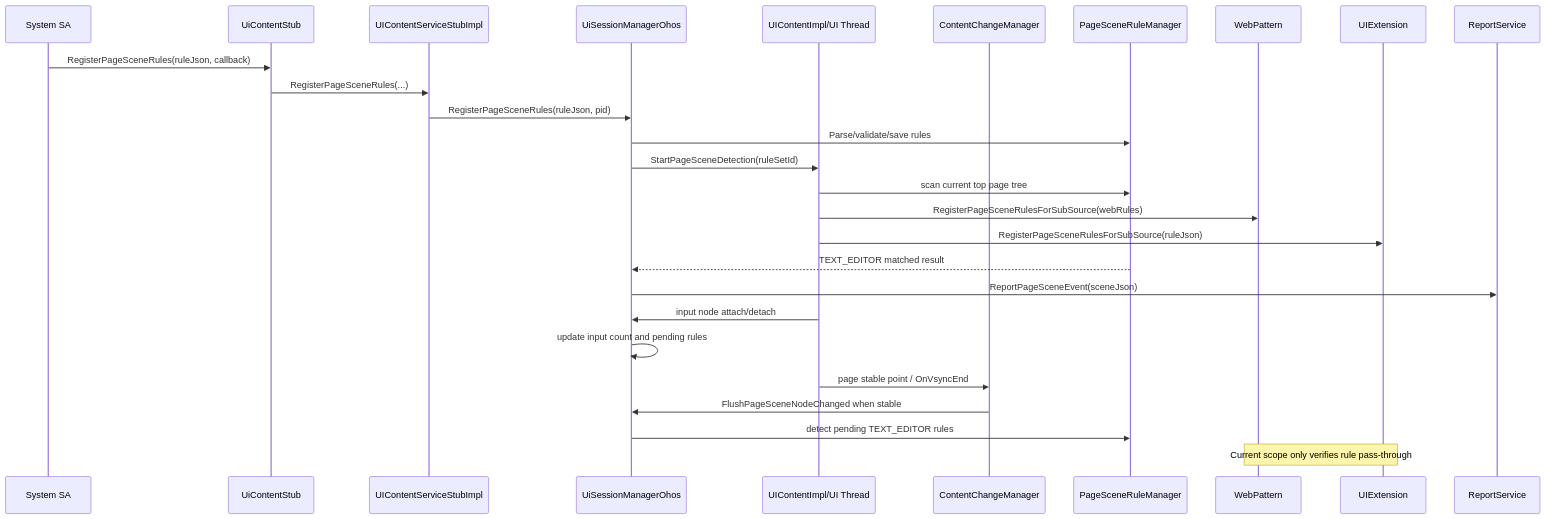
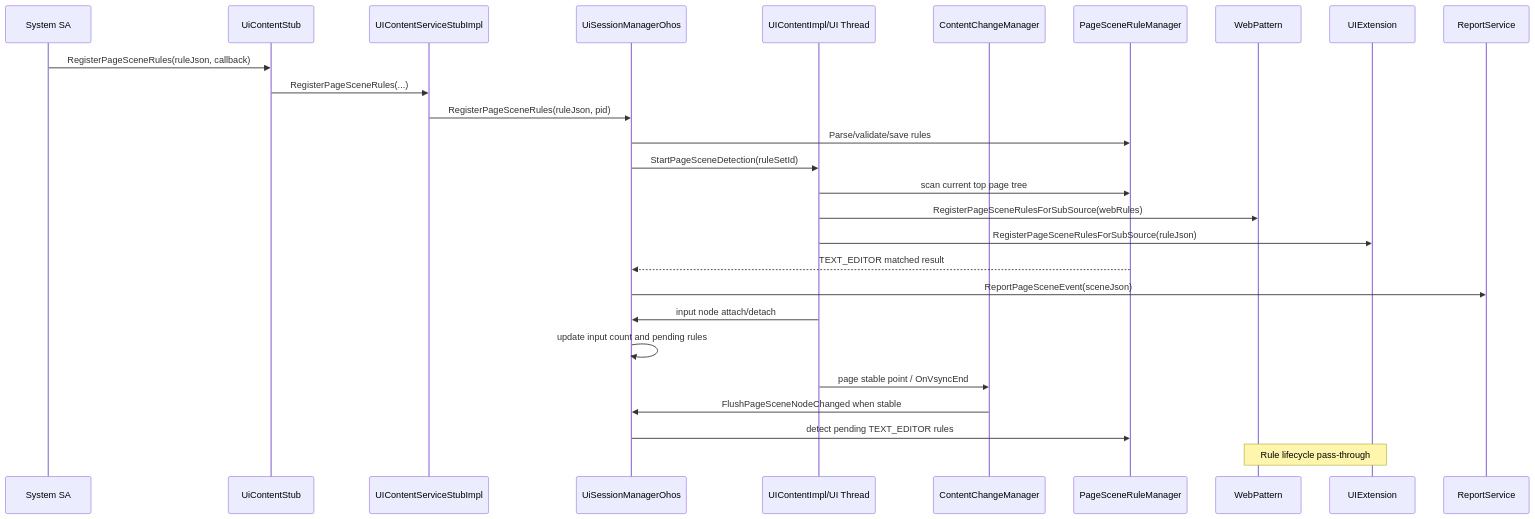
The diagram in .codespec/changes/ui-session-page-scene-awareness/design.md (openharmony/arkui_ace_engine), drawn with Mermaid before and after one commit. The commit also changed other lines of this file and 7 other files, not shown here.

````diff
--- a/.codespec/changes/ui-session-page-scene-awareness/design.md
+++ b/.codespec/changes/ui-session-page-scene-awareness/design.md
@@ -37,30 +37,30 @@
 ```mermaid
 sequenceDiagram
     participant SA as System SA
     participant Stub as UiContentStub
     participant Impl as UIContentServiceStubImpl
     participant Mgr as UiSessionManagerOhos
     participant UI as UIContentImpl/UI Thread
     participant CCM as ContentChangeManager
     participant Rule as PageSceneRuleManager
     participant Web as WebPattern
     participant Uie as UIExtension
     participant Report as ReportService
 
     SA->>Stub: RegisterPageSceneRules(ruleJson, callback)
     Stub->>Impl: RegisterPageSceneRules(...)
     Impl->>Mgr: RegisterPageSceneRules(ruleJson, pid)
     Mgr->>Rule: Parse/validate/save rules
     Mgr->>UI: StartPageSceneDetection(ruleSetId)
     UI->>Rule: scan current top page tree
     UI->>Web: RegisterPageSceneRulesForSubSource(webRules)
     UI->>Uie: RegisterPageSceneRulesForSubSource(ruleJson)
     Rule-->>Mgr: TEXT_EDITOR matched result
     Mgr->>Report: ReportPageSceneEvent(sceneJson)
     UI->>Mgr: input node attach/detach
     Mgr->>Mgr: update input count and pending rules
     UI->>CCM: page stable point / OnVsyncEnd
     CCM->>Mgr: FlushPageSceneNodeChanged when stable
     Mgr->>Rule: detect pending TEXT_EDITOR rules
-    Note over Web,Uie: Current scope only verifies rule pass-through
+    Note over Web,Uie: Rule lifecycle pass-through
 ```
````
